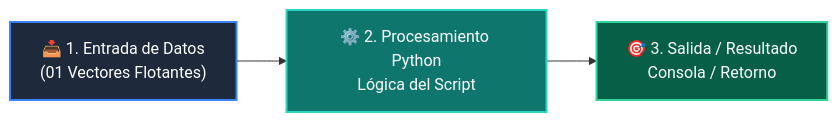
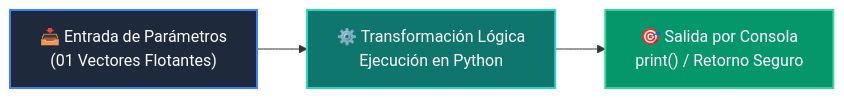
Before and after one commit to wisrovi/wisrovi-python: the diagram in 03-agentes-ia/clase-05-embeddings-y-bases-vectoriales/ejemplos/ejemplo_01_vectores_flotantes/README.md, drawn with Mermaid. The commit also changed other lines of this file and 226 other files, not shown here.

Commit message:
docs: elevate all repository READMEs to world-class mastery standard with rich pedagogical architecture, custom Mermaids, and professional styling

````diff
--- a/03-agentes-ia/clase-05-embeddings-y-bases-vectoriales/ejemplos/ejemplo_01_vectores_flotantes/README.md
+++ b/03-agentes-ia/clase-05-embeddings-y-bases-vectoriales/ejemplos/ejemplo_01_vectores_flotantes/README.md
@@ -12,9 +19,9 @@
 ```mermaid
 flowchart LR
-    A["📥 1. Entrada de Datos<br/>(01 Vectores Flotantes)"] --> B["⚙️ 2. Procesamiento Python<br/>Lógica del Script"]
-    B --> C["🎯 3. Salida / Resultado<br/>Consola / Retorno"]
+    A["📥 Entrada de Parámetros<br/>(01 Vectores Flotantes)"] --> B["⚙️ Transformación Lógica<br/>Ejecución en Python"]
+    B --> C["🎯 Salida por Consola<br/>print() / Retorno Seguro"]
 
-    style A fill:#1e293b,color:#fff,stroke:#3b82f6,stroke-width:2px
-    style B fill:#0f766e,color:#fff,stroke:#2dd4bf,stroke-width:2px
-    style C fill:#065f46,color:#fff,stroke:#34d399,stroke-width:2px
+    style A fill:#1e293b,color:#ffffff,stroke:#3b82f6,stroke-width:2px
+    style B fill:#0f766e,color:#ffffff,stroke:#2dd4bf,stroke-width:2px
+    style C fill:#059669,color:#ffffff,stroke:#34d399,stroke-width:2px
 ```
````
